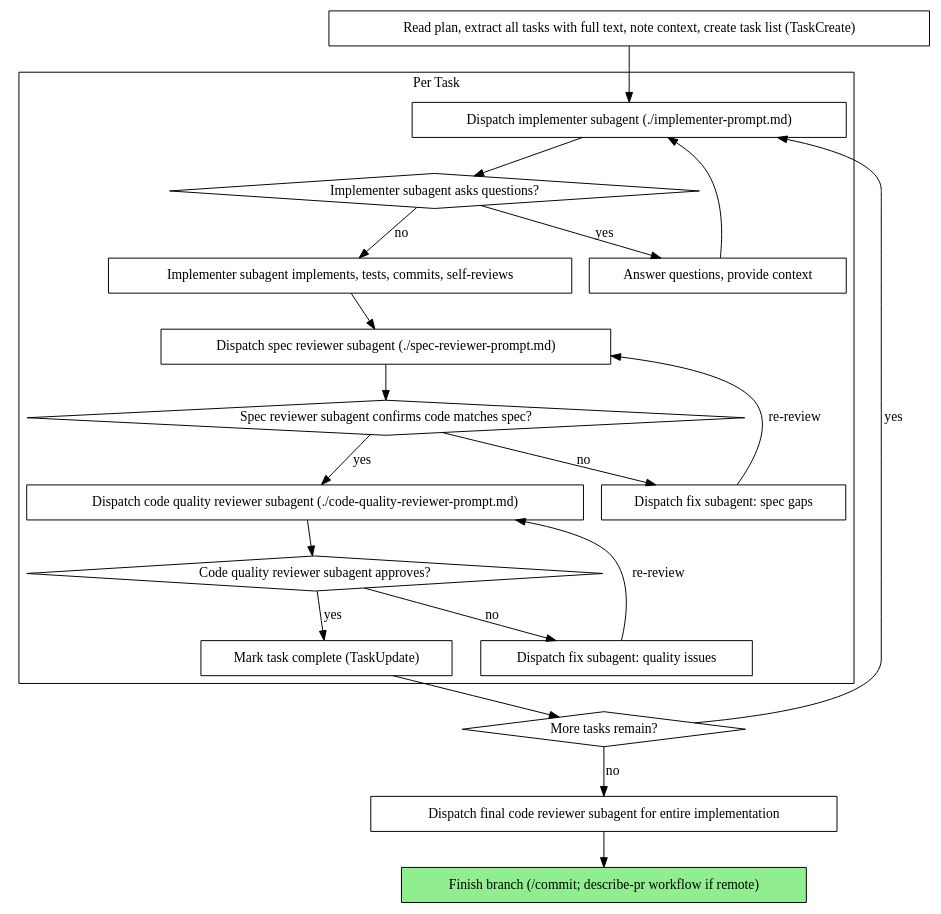
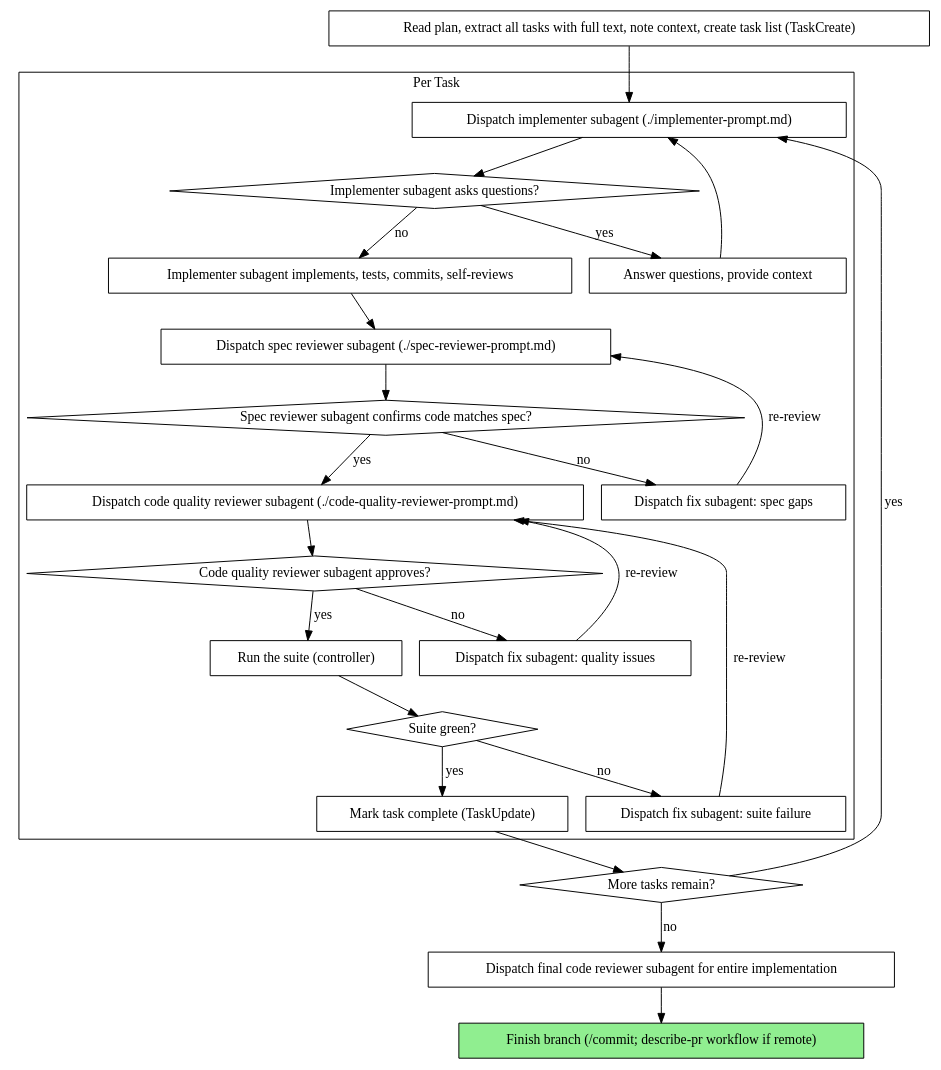
The second of 2 diagrams in skills/coding/subagent-driven-development/subagent-driven-development.md (hunterphillips/agent-harness), drawn with Graphviz before and after one commit. The commit also changed other lines of this file and 1 other file, not shown here.

Commit message:
SDD: implementers verify with touched test files; controller runs the suite before marking a task complete (#24)

````diff
--- a/skills/coding/subagent-driven-development/subagent-driven-development.md
+++ b/skills/coding/subagent-driven-development/subagent-driven-development.md
@@ -39,44 +39,51 @@
 ```dot
 digraph process {
     rankdir=TB;
 
     subgraph cluster_per_task {
         label="Per Task";
         "Dispatch implementer subagent (./implementer-prompt.md)" [shape=box];
         "Implementer subagent asks questions?" [shape=diamond];
         "Answer questions, provide context" [shape=box];
         "Implementer subagent implements, tests, commits, self-reviews" [shape=box];
         "Dispatch spec reviewer subagent (./spec-reviewer-prompt.md)" [shape=box];
         "Spec reviewer subagent confirms code matches spec?" [shape=diamond];
         "Dispatch fix subagent: spec gaps" [shape=box];
         "Dispatch code quality reviewer subagent (./code-quality-reviewer-prompt.md)" [shape=box];
         "Code quality reviewer subagent approves?" [shape=diamond];
         "Dispatch fix subagent: quality issues" [shape=box];
+        "Run the suite (controller)" [shape=box];
+        "Suite green?" [shape=diamond];
+        "Dispatch fix subagent: suite failure" [shape=box];
         "Mark task complete (TaskUpdate)" [shape=box];
     }
 
     "Read plan, extract all tasks with full text, note context, create task list (TaskCreate)" [shape=box];
     "More tasks remain?" [shape=diamond];
     "Dispatch final code reviewer subagent for entire implementation" [shape=box];
     "Finish branch (/commit; describe-pr workflow if remote)" [shape=box style=filled fillcolor=lightgreen];
 
     "Read plan, extract all tasks with full text, note context, create task list (TaskCreate)" -> "Dispatch implementer subagent (./implementer-prompt.md)";
     "Dispatch implementer subagent (./implementer-prompt.md)" -> "Implementer subagent asks questions?";
     "Implementer subagent asks questions?" -> "Answer questions, provide context" [label="yes"];
     "Answer questions, provide context" -> "Dispatch implementer subagent (./implementer-prompt.md)";
     "Implementer subagent asks questions?" -> "Implementer subagent implements, tests, commits, self-reviews" [label="no"];
     "Implementer subagent implements, tests, commits, self-reviews" -> "Dispatch spec reviewer subagent (./spec-reviewer-prompt.md)";
     "Dispatch spec reviewer subagent (./spec-reviewer-prompt.md)" -> "Spec reviewer subagent confirms code matches spec?";
     "Spec reviewer subagent confirms code matches spec?" -> "Dispatch fix subagent: spec gaps" [label="no"];
     "Dispatch fix subagent: spec gaps" -> "Dispatch spec reviewer subagent (./spec-reviewer-prompt.md)" [label="re-review"];
     "Spec reviewer subagent confirms code matches spec?" -> "Dispatch code quality reviewer subagent (./code-quality-reviewer-prompt.md)" [label="yes"];
     "Dispatch code quality reviewer subagent (./code-quality-reviewer-prompt.md)" -> "Code quality reviewer subagent approves?";
     "Code quality reviewer subagent approves?" -> "Dispatch fix subagent: quality issues" [label="no"];
     "Dispatch fix subagent: quality issues" -> "Dispatch code quality reviewer subagent (./code-quality-reviewer-prompt.md)" [label="re-review"];
-    "Code quality reviewer subagent approves?" -> "Mark task complete (TaskUpdate)" [label="yes"];
+    "Code quality reviewer subagent approves?" -> "Run the suite (controller)" [label="yes"];
+    "Run the suite (controller)" -> "Suite green?";
+    "Suite green?" -> "Dispatch fix subagent: suite failure" [label="no"];
+    "Dispatch fix subagent: suite failure" -> "Dispatch code quality reviewer subagent (./code-quality-reviewer-prompt.md)" [label="re-review"];
+    "Suite green?" -> "Mark task complete (TaskUpdate)" [label="yes"];
     "Mark task complete (TaskUpdate)" -> "More tasks remain?";
     "More tasks remain?" -> "Dispatch implementer subagent (./implementer-prompt.md)" [label="yes"];
     "More tasks remain?" -> "Dispatch final code reviewer subagent for entire implementation" [label="no"];
     "Dispatch final code reviewer subagent for entire implementation" -> "Finish branch (/commit; describe-pr workflow if remote)";
 }
 ```
````
